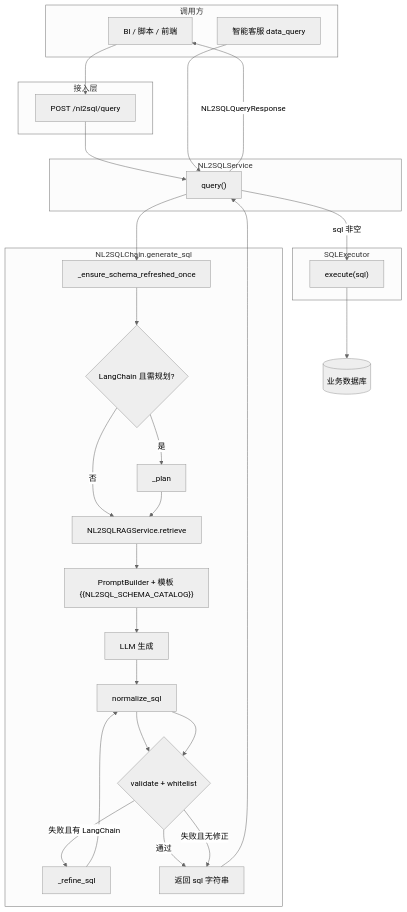
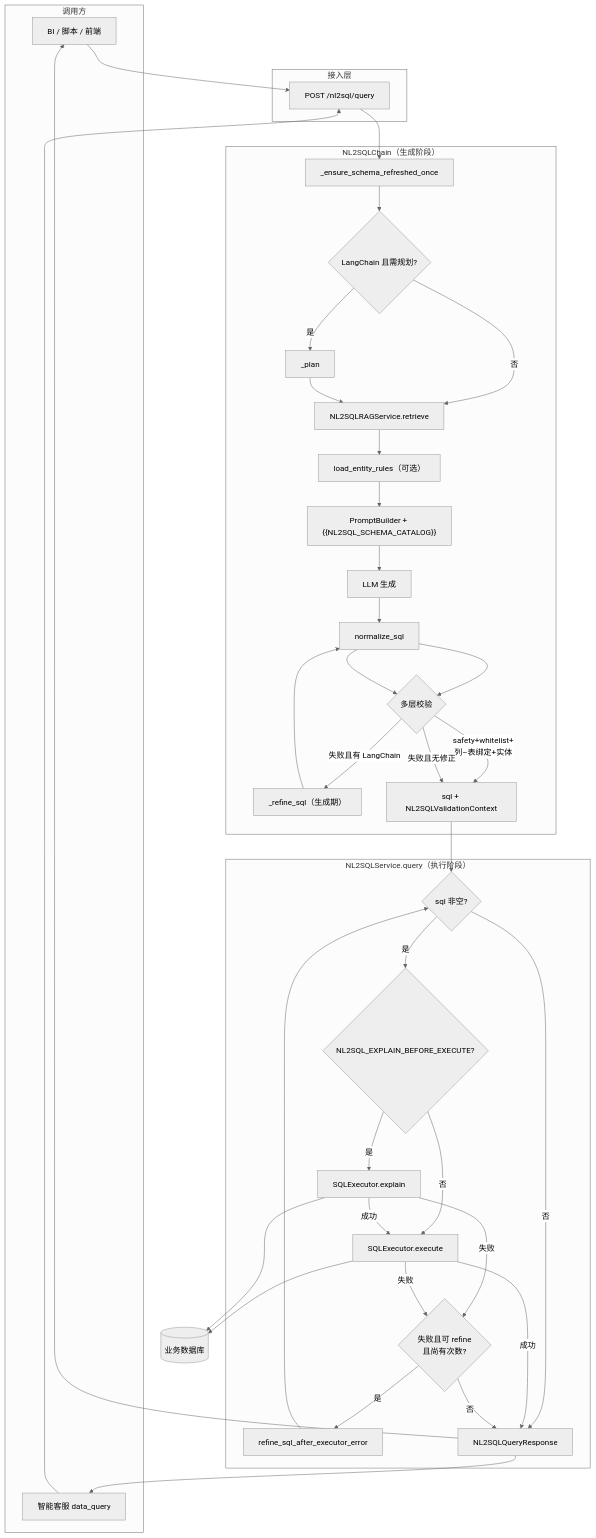
Before and after one commit to gaocf888/models_app_framework: the first of 4 diagrams in enterprise-level_transformation_docs/企业级NL2SQL实现方案.md, drawn with Mermaid (neutral theme). The commit also changed other lines of this file and 13 other files, not shown here.

````diff
--- a/enterprise-level_transformation_docs/企业级NL2SQL实现方案.md
+++ b/enterprise-level_transformation_docs/企业级NL2SQL实现方案.md
@@ -94,50 +108,64 @@
 ```mermaid
 flowchart TB
     subgraph Client["调用方"]
         C1["BI / 脚本 / 前端"]
         C2["智能客服 data_query"]
     end
 
     subgraph API["接入层"]
         HTTP["POST /nl2sql/query"]
     end
 
-    subgraph Svc["NL2SQLService"]
-        S["query()"]
-    end
-
-    subgraph Chain["NL2SQLChain.generate_sql"]
+    subgraph Chain["NL2SQLChain（生成阶段）"]
         R0["_ensure_schema_refreshed_once"]
         R1{"LangChain 且需规划?"}
         P["_plan"]
         RG["NL2SQLRAGService.retrieve"]
-        PR["PromptBuilder + 模板 {{NL2SQL_SCHEMA_CATALOG}}"]
+        ER["load_entity_rules（可选）"]
+        PR["PromptBuilder + {{NL2SQL_SCHEMA_CATALOG}}"]
         L["LLM 生成"]
         N["normalize_sql"]
-        V{"validate + whitelist"}
-        RF["_refine_sql"]
-        OUT["返回 sql 字符串"]
+        V{"多层校验"}
+        RF1["_refine_sql（生成期）"]
+        OUT["sql + NL2SQLValidationContext"]
     end
 
-    subgraph Exec["SQLExecutor"]
-        E["execute(sql)"]
+    subgraph Svc["NL2SQLService.query（执行阶段）"]
+        LOOP{"sql 非空?"}
+        X{"NL2SQL_EXPLAIN_BEFORE_EXECUTE?"}
+        EX["SQLExecutor.explain"]
+        E["SQLExecutor.execute"]
+        RF2["refine_sql_after_executor_error"]
+        RC{"失败且可 refine\n且尚有次数?"}
+        RESP["NL2SQLQueryResponse"]
     end
 
     DB[("业务数据库")]
 
     C1 --> HTTP
-    HTTP --> S
-    C2 --> S
-    S --> R0
+    C2 --> HTTP
+    HTTP --> R0
     R0 --> R1
     R1 -->|是| P
     R1 -->|否| RG
     P --> RG
-    RG --> PR --> L --> N --> V
-    V -->|通过| OUT
-    V -->|失败且有 LangChain| RF --> N --> V
+    RG --> ER --> PR --> L --> N --> V
+    V -->|"safety+whitelist+\n列–表绑定+实体"| OUT
+    V -->|失败且有 LangChain| RF1 --> N --> V
     V -->|失败且无修正| OUT
-    OUT --> S
-    S -->|sql 非空| E --> DB
-    S -->|NL2SQLQueryResponse| C1
+    OUT --> LOOP
+    LOOP -->|否| RESP
+    LOOP -->|是| X
+    X -->|是| EX
+    X -->|否| E
+    EX -->|成功| E
+    EX -->|失败| RC
+    E -->|成功| RESP
+    E -->|失败| RC
+    RC -->|是| RF2 --> LOOP
+    RC -->|否| RESP
+    RESP --> C1
+    RESP --> C2
+    E --> DB
+    EX --> DB
 ```
````
